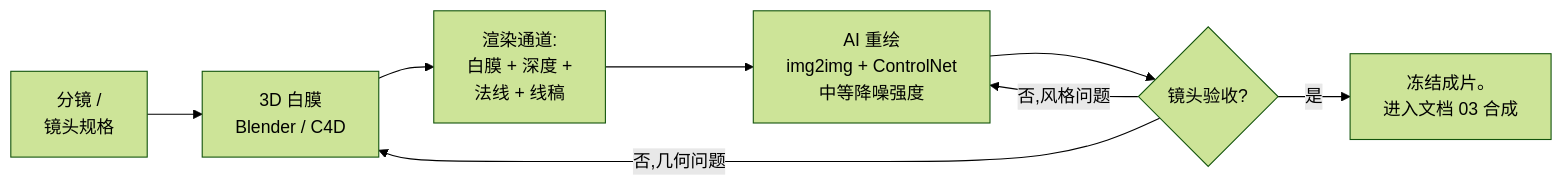
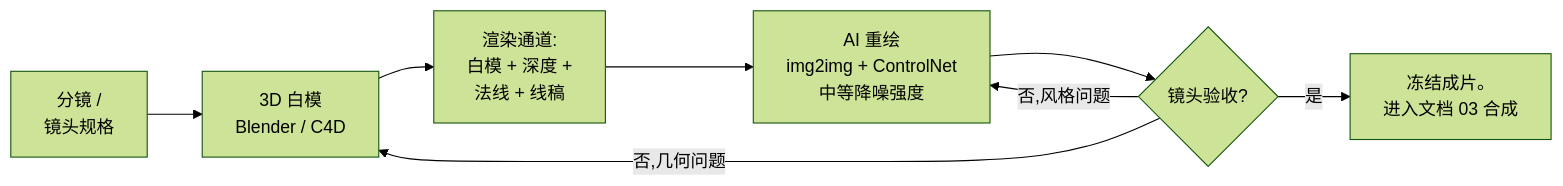
One commit to kwei-k/AIGC-Tech changed the diagram in docs/zh/01-clay-render-transfer.md. Above: the diagram before and after it, drawn with Mermaid (forest theme). The commit also changed other lines of this file and 24 other files, not shown here.

````diff
--- a/docs/zh/01-clay-render-transfer.md
+++ b/docs/zh/01-clay-render-transfer.md
@@ -40,10 +40,10 @@
 ```mermaid
 flowchart LR
-    A[分镜 /<br/>镜头规格] --> B[3D 白膜<br/>Blender / C4D]
-    B --> C[渲染通道:<br/>白膜 + 深度 +<br/>法线 + 线稿]
+    A[分镜 /<br/>镜头规格] --> B[3D 白模<br/>Blender / C4D]
+    B --> C[渲染通道:<br/>白模 + 深度 +<br/>法线 + 线稿]
     C --> D[AI 重绘<br/>img2img + ControlNet<br/>中等降噪强度]
     D --> E{镜头验收?}
     E -- 否,风格问题 --> D
     E -- 否,几何问题 --> B
     E -- 是 --> F[冻结成片。<br/>进入文档 03 合成]
 ```
````
